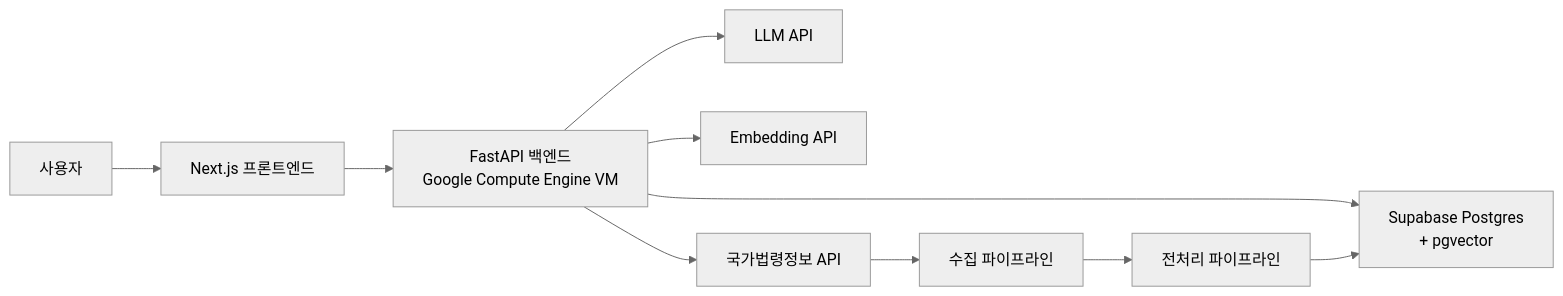
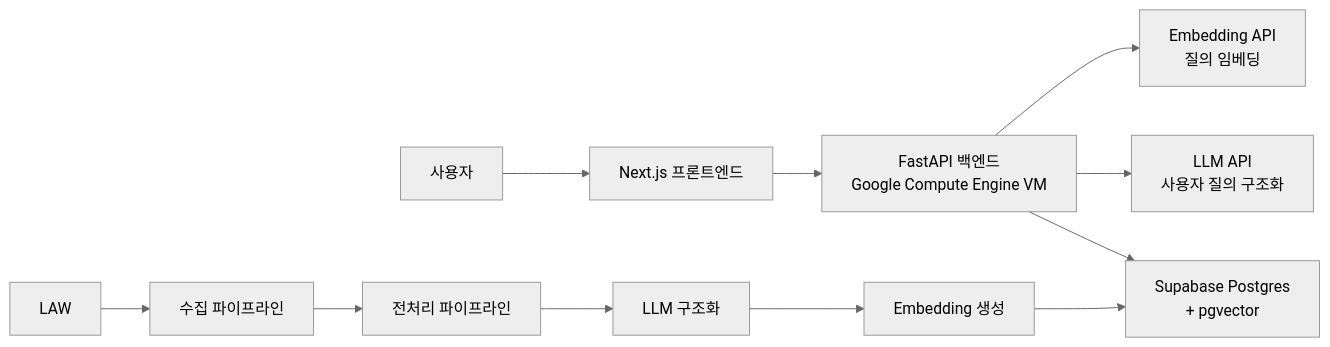
The first of 4 diagrams in development_plan.md (kms8994/Legal_comparison_AI), drawn with Mermaid (neutral theme) before and after one commit. The commit also changed other lines of this file and 32 other files, not shown here.

````diff
--- a/development_plan.md
+++ b/development_plan.md
@@ -155,13 +162,14 @@
 ```mermaid
 flowchart LR
     U["사용자"] --> FE["Next.js 프론트엔드"]
     FE --> API["FastAPI 백엔드<br/>Google Compute Engine VM"]
     API --> DB["Supabase Postgres<br/>+ pgvector"]
-    API --> LLM["LLM API"]
-    API --> EMB["Embedding API"]
-    API --> LAW["국가법령정보 API"]
+    API --> QLLM["LLM API<br/>사용자 질의 구조화"]
+    API --> QEMB["Embedding API<br/>질의 임베딩"]
 
     LAW --> COL["수집 파이프라인"]
     COL --> PRE["전처리 파이프라인"]
-    PRE --> DB
+    PRE --> SLLM["LLM 구조화"]
+    SLLM --> EMB["Embedding 생성"]
+    EMB --> DB
 ```
````
